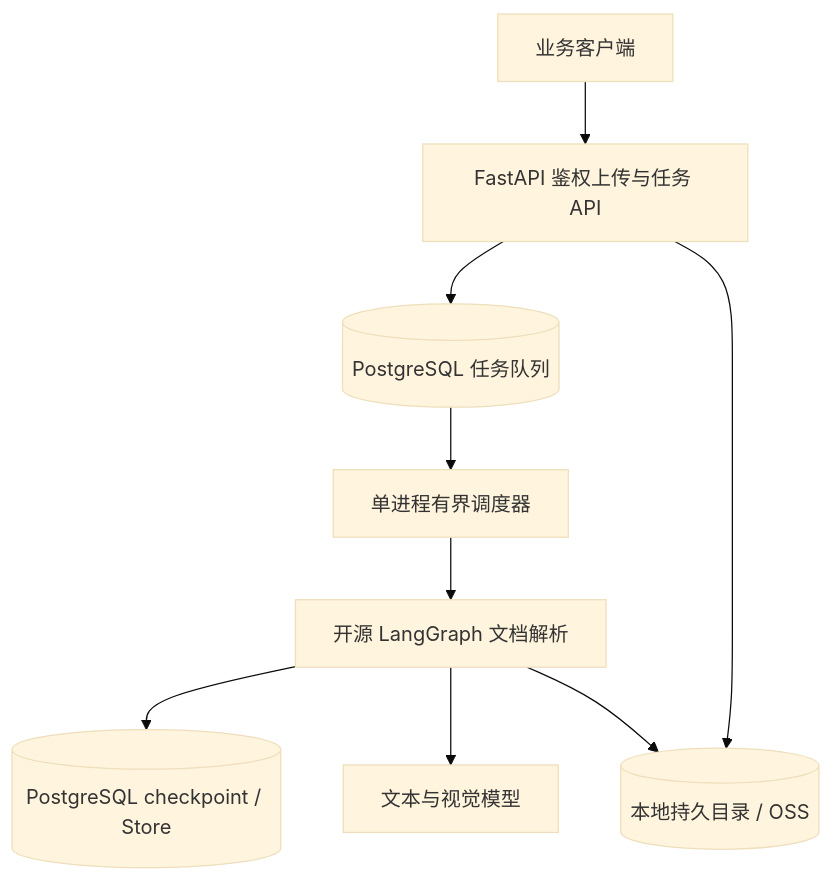
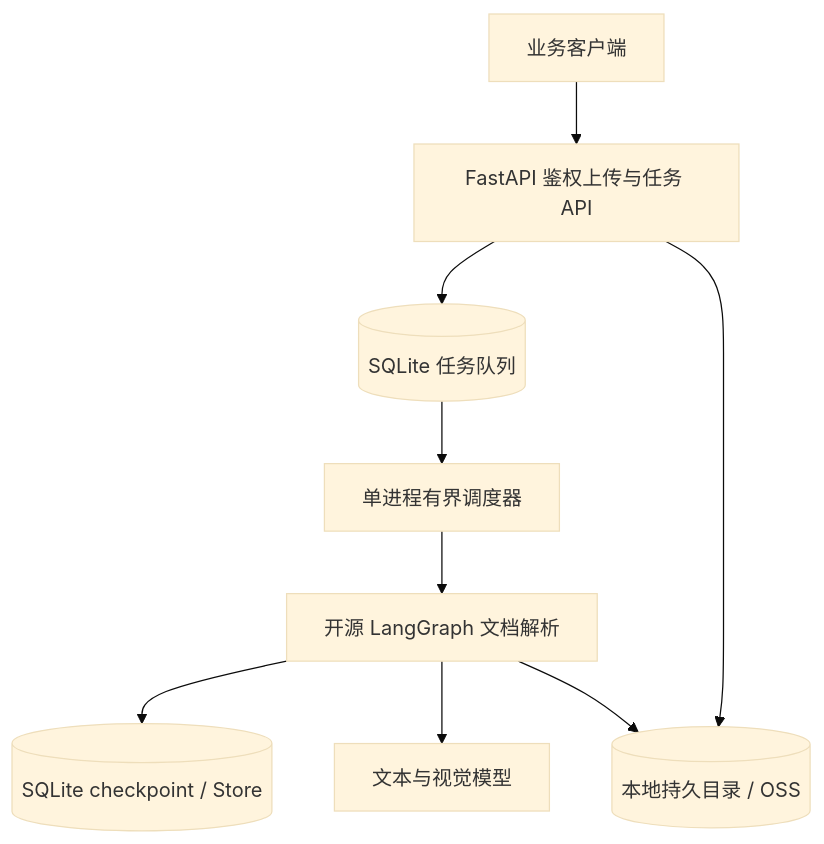
Before and after one commit to shenyankm/PractiQ: the diagram in server/docs/service-guide.md, drawn with Mermaid (base theme). The commit also changed other lines of this file and 11 other files, not shown here.

````diff
--- a/server/docs/service-guide.md
+++ b/server/docs/service-guide.md
@@ -84,11 +84,11 @@
 ```mermaid
 graph TD
     Client[业务客户端] --> API[FastAPI 鉴权上传与任务 API]
-    API --> DB[(PostgreSQL 任务队列)]
+    API --> DB[(SQLite 任务队列)]
     DB --> Runner[单进程有界调度器]
     Runner --> Graph[开源 LangGraph 文档解析]
-    Graph --> State[(PostgreSQL checkpoint / Store)]
+    Graph --> State[(SQLite checkpoint / Store)]
     Graph --> Model[文本与视觉模型]
     API --> Files[(本地持久目录 / OSS)]
     Graph --> Files
 ```
````
